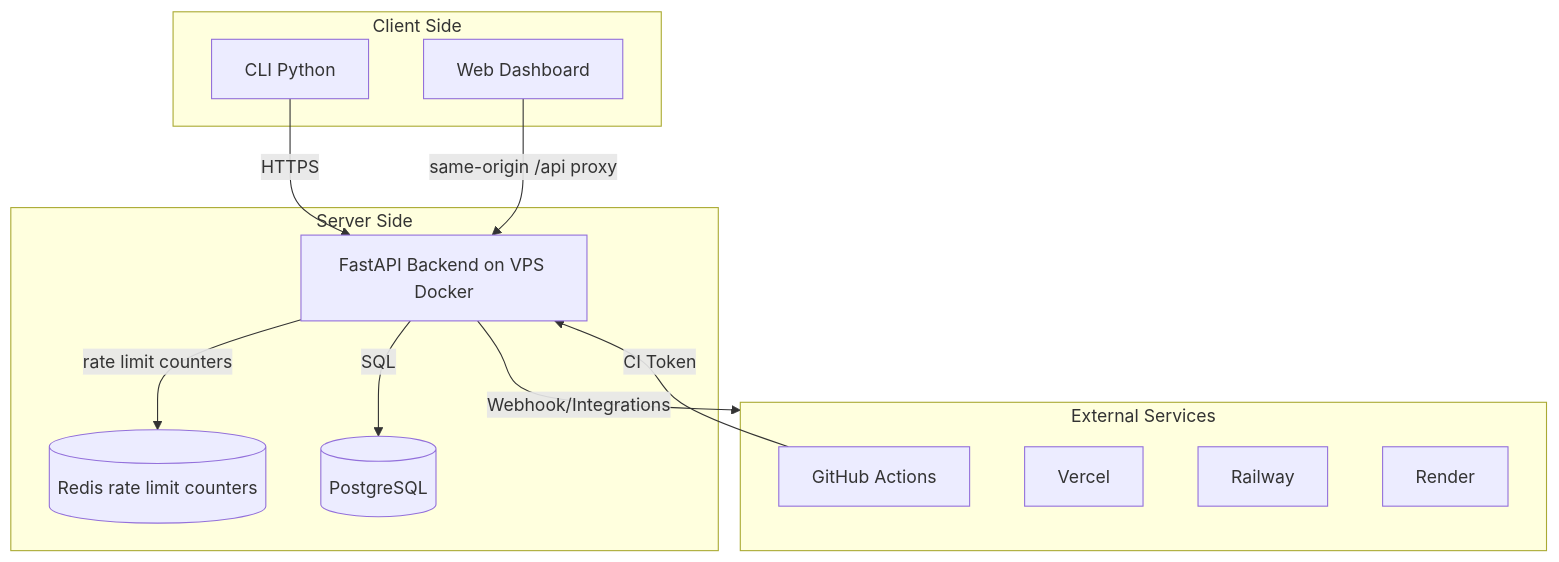
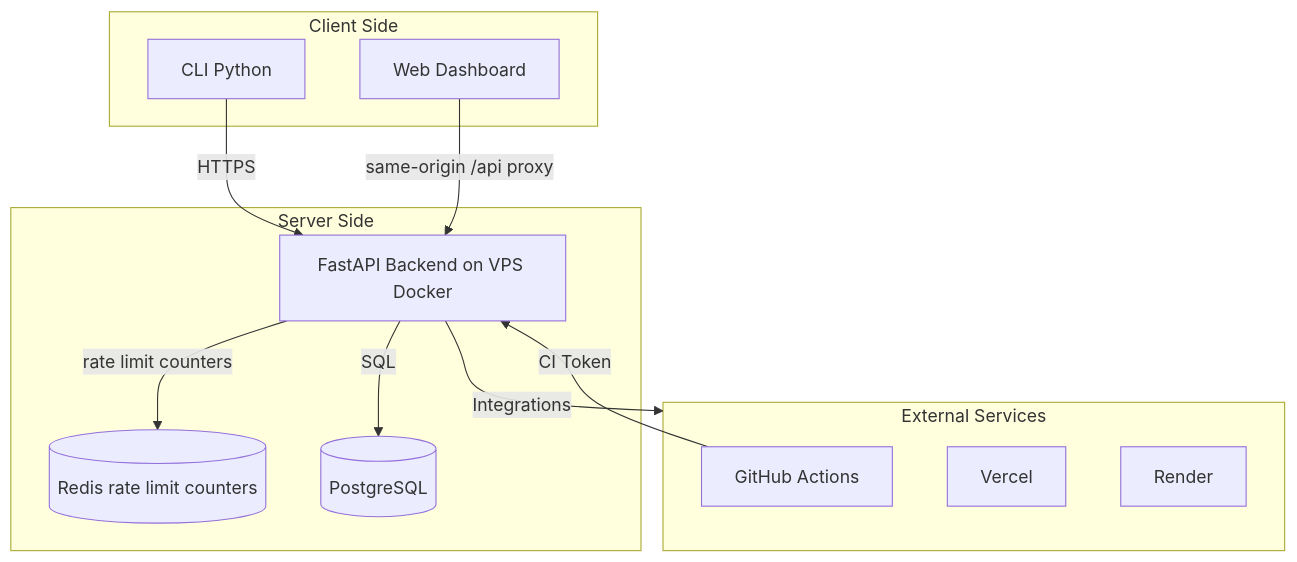
One commit to 77mdias/criptenv changed the first of 3 diagrams in docs/project/architecture.md. Above: the diagram before and after it, drawn with Mermaid. The commit also changed other lines of this file and 25 other files, not shown here.

````diff
--- a/docs/project/architecture.md
+++ b/docs/project/architecture.md
@@ -7,28 +7,27 @@
 ```mermaid
 flowchart TD
     subgraph Client["Client Side"]
         CLI[CLI Python]
         WEB[Web Dashboard]
     end
     
     subgraph Server["Server Side"]
         API[FastAPI Backend on VPS Docker]
         REDIS[(Redis rate limit counters)]
         DB[(PostgreSQL)]
     end
     
     CLI -->|HTTPS| API
     WEB -->|same-origin /api proxy| API
     API -->|rate limit counters| REDIS
     API -->|SQL| DB
     
     subgraph External["External Services"]
         GH[GitHub Actions]
         VC[Vercel]
-        RL[Railway]
         RT[Render]
     end
     
-    API -->|Webhook/Integrations| External
+    API -->|Integrations| External
     GH -->|CI Token| API
 ```
````
